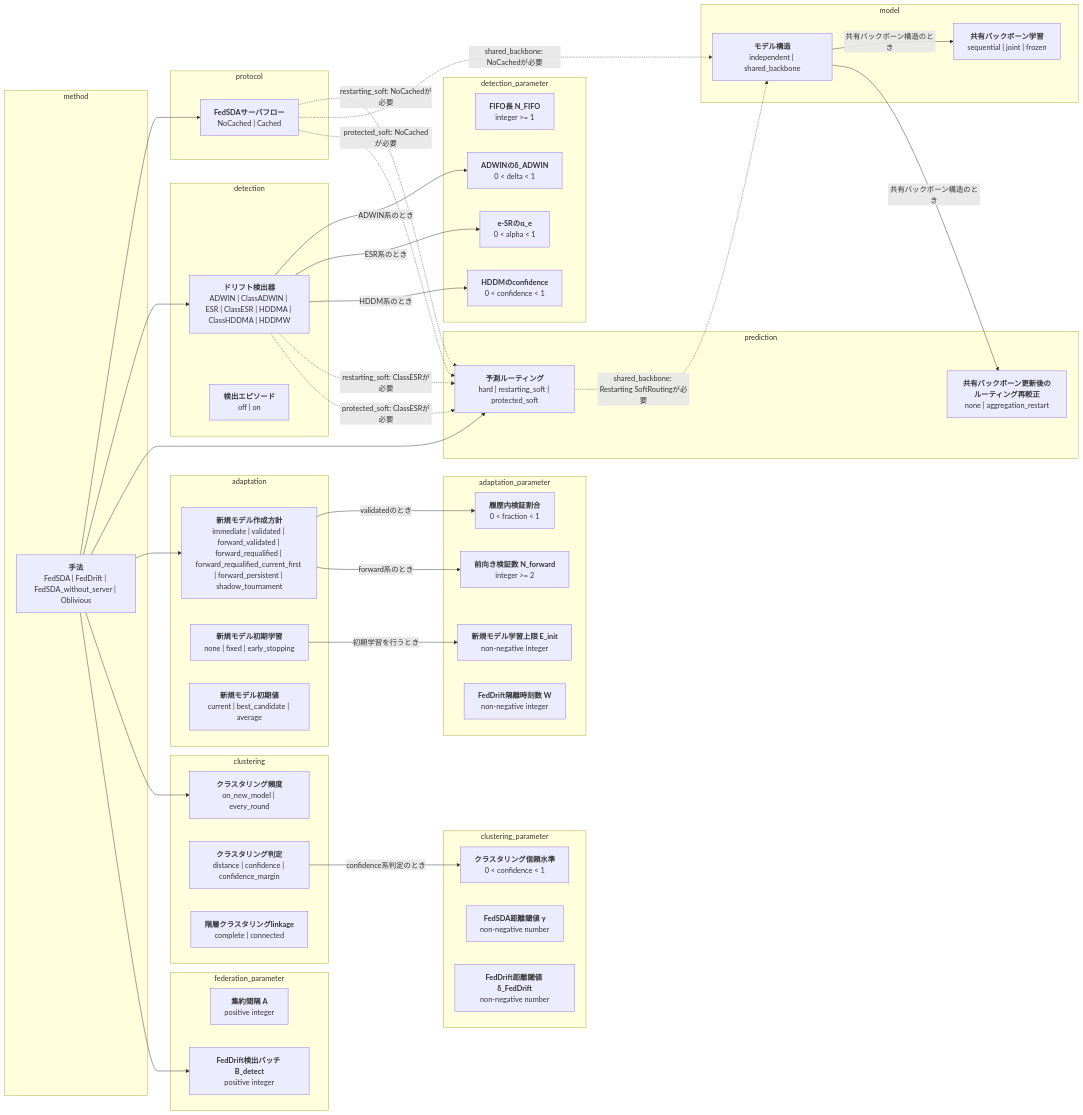
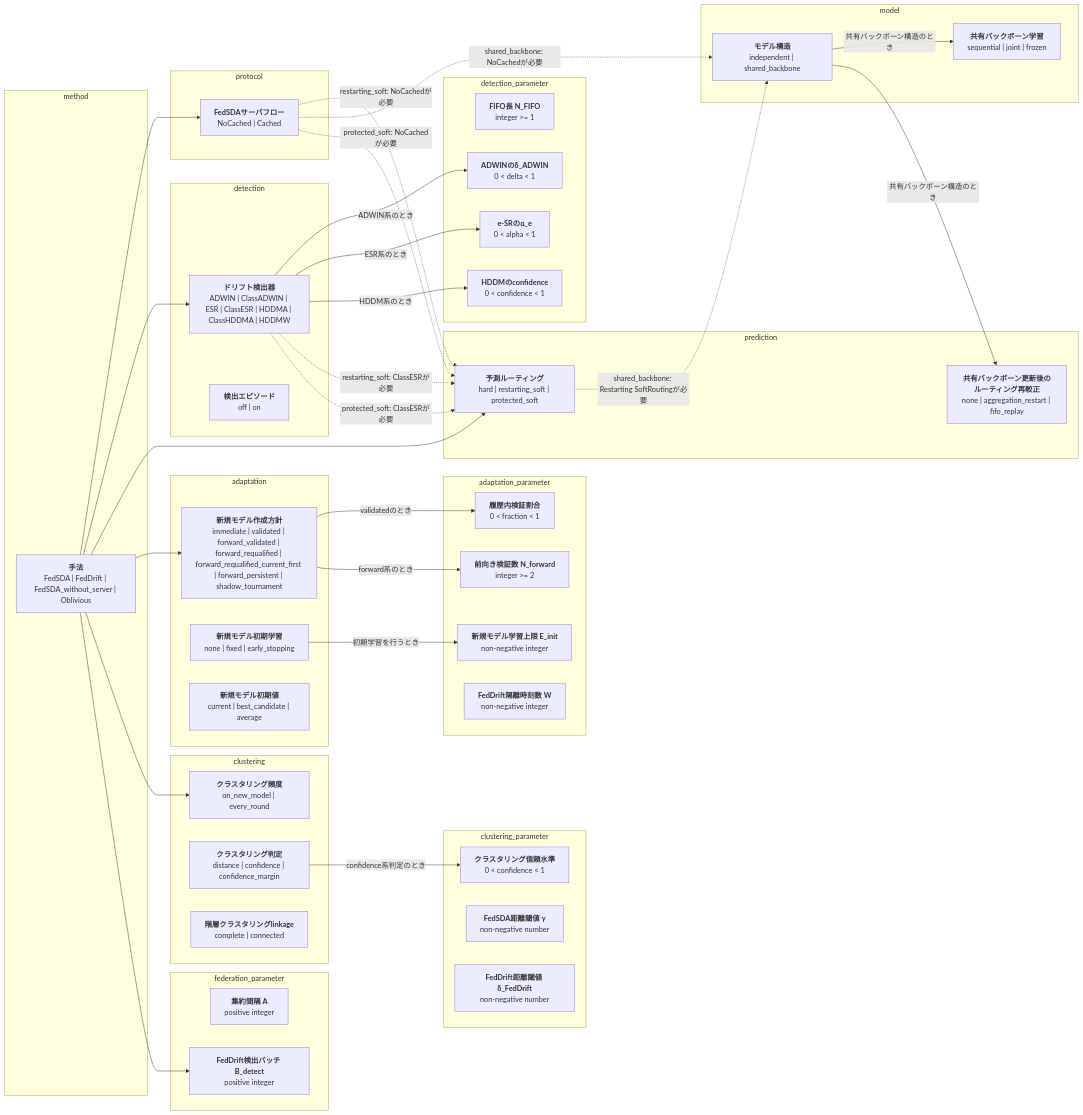
The first of 2 diagrams in docs/options.md (shimmen3141/FedSDA-experiment), drawn with Mermaid before and after one commit. The commit also changed 11 other files, not shown here.

Commit message:
Add FIFO routing recalibration for shared backbone

````diff
--- a/docs/options.md
+++ b/docs/options.md
@@ -18,73 +18,73 @@
 ```mermaid
 flowchart LR
   subgraph group_method[method]
     method["<b>手法</b><br/>FedSDA | FedDrift | FedSDA_without_server | Oblivious"]
   end
   subgraph group_protocol[protocol]
     server_flow["<b>FedSDAサーバフロー</b><br/>NoCached | Cached"]
   end
   subgraph group_detection[detection]
     detector["<b>ドリフト検出器</b><br/>ADWIN | ClassADWIN | ESR | ClassESR | HDDMA | ClassHDDMA | HDDMW"]
     detection_episodes["<b>検出エピソード</b><br/>off | on"]
   end
   subgraph group_prediction[prediction]
     routing["<b>予測ルーティング</b><br/>hard | restarting_soft | protected_soft"]
-    shared_backbone_routing_recalibration["<b>共有バックボーン更新後のルーティング再較正</b><br/>none | aggregation_restart"]
+    shared_backbone_routing_recalibration["<b>共有バックボーン更新後のルーティング再較正</b><br/>none | aggregation_restart | fifo_replay"]
   end
   subgraph group_model[model]
     model_architecture["<b>モデル構造</b><br/>independent | shared_backbone"]
     shared_backbone_training["<b>共有バックボーン学習</b><br/>sequential | joint | frozen"]
   end
   subgraph group_adaptation[adaptation]
     new_model_creation_policy["<b>新規モデル作成方針</b><br/>immediate | validated | forward_validated | forward_requalified | forward_requalified_current_first | forward_persistent | shadow_tournament"]
     new_model_training["<b>新規モデル初期学習</b><br/>none | fixed | early_stopping"]
     new_model_initialization["<b>新規モデル初期値</b><br/>current | best_candidate | average"]
   end
   subgraph group_adaptation_parameter[adaptation_parameter]
     new_model_epochs["<b>新規モデル学習上限 E_init</b><br/>non-negative integer"]
     new_model_validation_fraction["<b>履歴内検証割合</b><br/>0 < fraction < 1"]
     new_model_forward_validation_samples["<b>前向き検証数 N_forward</b><br/>integer >= 2"]
     feddrift_isolation_timesteps["<b>FedDrift隔離時刻数 W</b><br/>non-negative integer"]
   end
   subgraph group_detection_parameter[detection_parameter]
     fifo_size["<b>FIFO長 N_FIFO</b><br/>integer >= 1"]
     adwin_delta["<b>ADWINのδ_ADWIN</b><br/>0 < delta < 1"]
     e_detector_alpha["<b>e-SRのα_e</b><br/>0 < alpha < 1"]
     hddm_drift_confidence["<b>HDDMのconfidence</b><br/>0 < confidence < 1"]
   end
   subgraph group_clustering[clustering]
     clustering_policy["<b>クラスタリング頻度</b><br/>on_new_model | every_round"]
     clustering_decision["<b>クラスタリング判定</b><br/>distance | confidence | confidence_margin"]
     cluster_linkage["<b>階層クラスタリングlinkage</b><br/>complete | connected"]
   end
   subgraph group_clustering_parameter[clustering_parameter]
     clustering_confidence["<b>クラスタリング信頼水準</b><br/>0 < confidence < 1"]
     fedsda_distance_threshold["<b>FedSDA距離閾値 γ</b><br/>non-negative number"]
     feddrift_distance_threshold["<b>FedDrift距離閾値 δ_FedDrift</b><br/>non-negative number"]
   end
   subgraph group_federation_parameter[federation_parameter]
     aggregation_interval["<b>集約間隔 A</b><br/>positive integer"]
     feddrift_detection_batch_size["<b>FedDrift検出バッチ B_detect</b><br/>positive integer"]
   end
   model_architecture -->|"共有バックボーン構造のとき"| shared_backbone_training
   model_architecture -->|"共有バックボーン構造のとき"| shared_backbone_routing_recalibration
   new_model_training -->|"初期学習を行うとき"| new_model_epochs
   new_model_creation_policy -->|"validatedのとき"| new_model_validation_fraction
   new_model_creation_policy -->|"forward系のとき"| new_model_forward_validation_samples
   detector -->|"ADWIN系のとき"| adwin_delta
   detector -->|"ESR系のとき"| e_detector_alpha
   detector -->|"HDDM系のとき"| hddm_drift_confidence
   clustering_decision -->|"confidence系判定のとき"| clustering_confidence
   server_flow -.->|"restarting_soft: NoCachedが必要"| routing
   detector -.->|"restarting_soft: ClassESRが必要"| routing
   server_flow -.->|"shared_backbone: NoCachedが必要"| model_architecture
   routing -.->|"shared_backbone: Restarting SoftRoutingが必要"| model_architecture
   server_flow -.->|"protected_soft: NoCachedが必要"| routing
   detector -.->|"protected_soft: ClassESRが必要"| routing
   method --> server_flow
   method --> detector
   method --> routing
   method --> new_model_creation_policy
   method --> clustering_policy
   method --> feddrift_detection_batch_size
 ```
````
